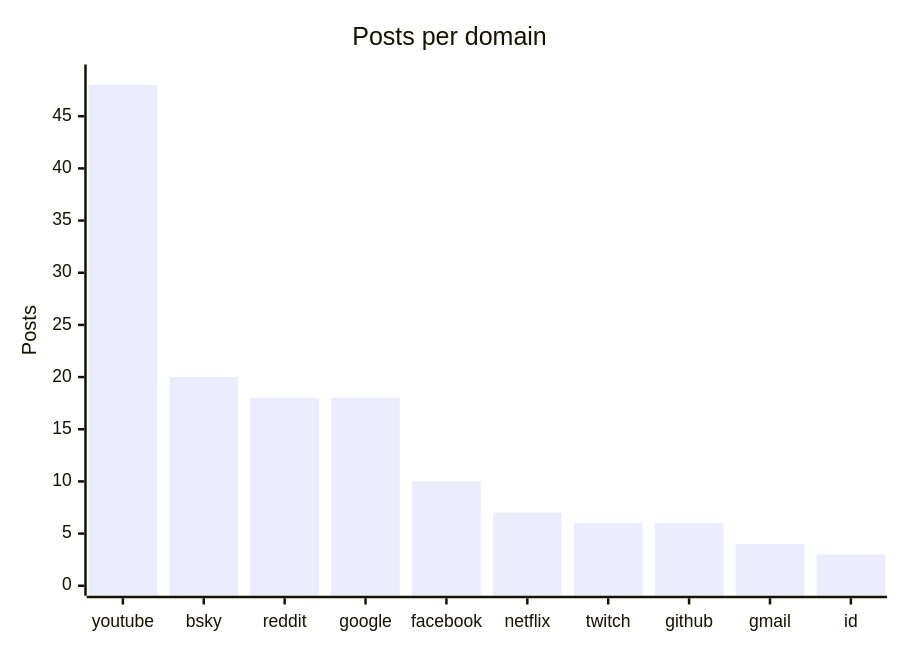
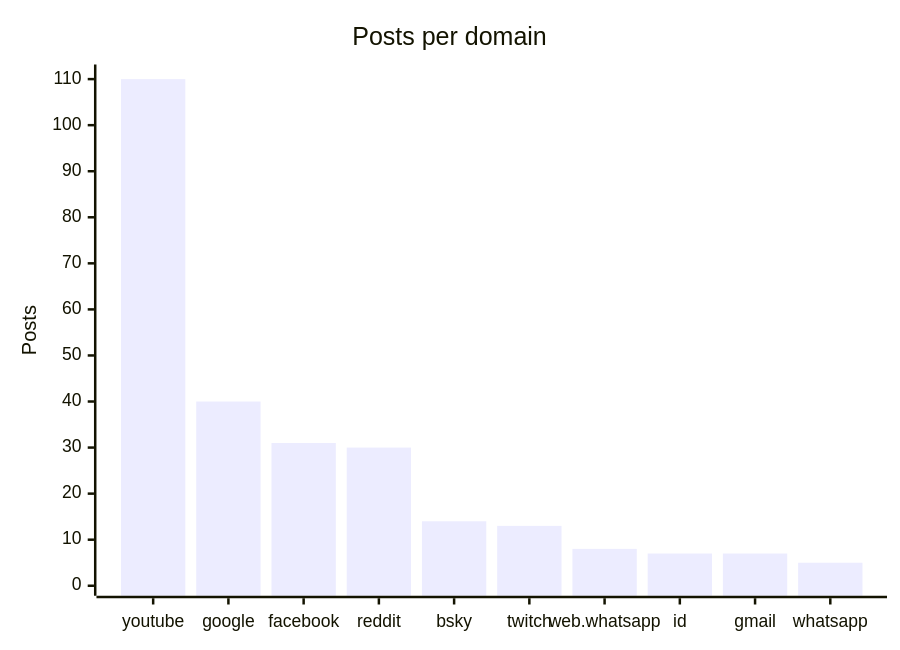
One commit to martinbalfanz/social-scanner-reports changed the fourth of 4 diagrams in README.md. Above: the diagram before and after it, drawn with Mermaid. The commit also changed other lines of this file and 2 other files, not shown here.

````diff
--- a/README.md
+++ b/README.md
@@ -58,7 +58,7 @@
 ```mermaid
 xychart-beta
     title "Posts per domain"
-    x-axis ["youtube", "bsky", "reddit", "google", "facebook", "netflix", "twitch", "github", "gmail", "id"]
-    y-axis "Posts" 0 --> 49
-    bar [48, 20, 18, 18, 10, 7, 6, 6, 4, 3]
+    x-axis ["youtube", "google", "facebook", "reddit", "bsky", "twitch", "web.whatsapp", "id", "gmail", "whatsapp"]
+    y-axis "Posts" 0 --> 111
+    bar [110, 40, 31, 30, 14, 13, 8, 7, 7, 5]
 ```
````
